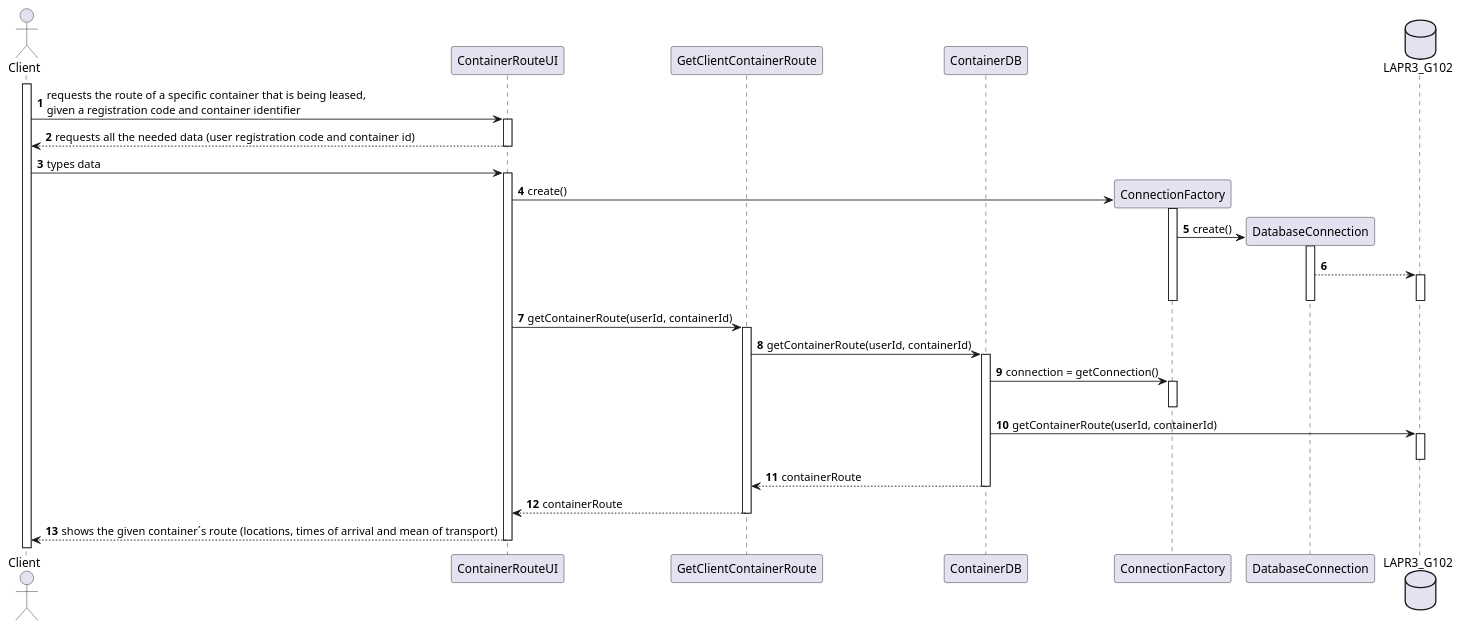
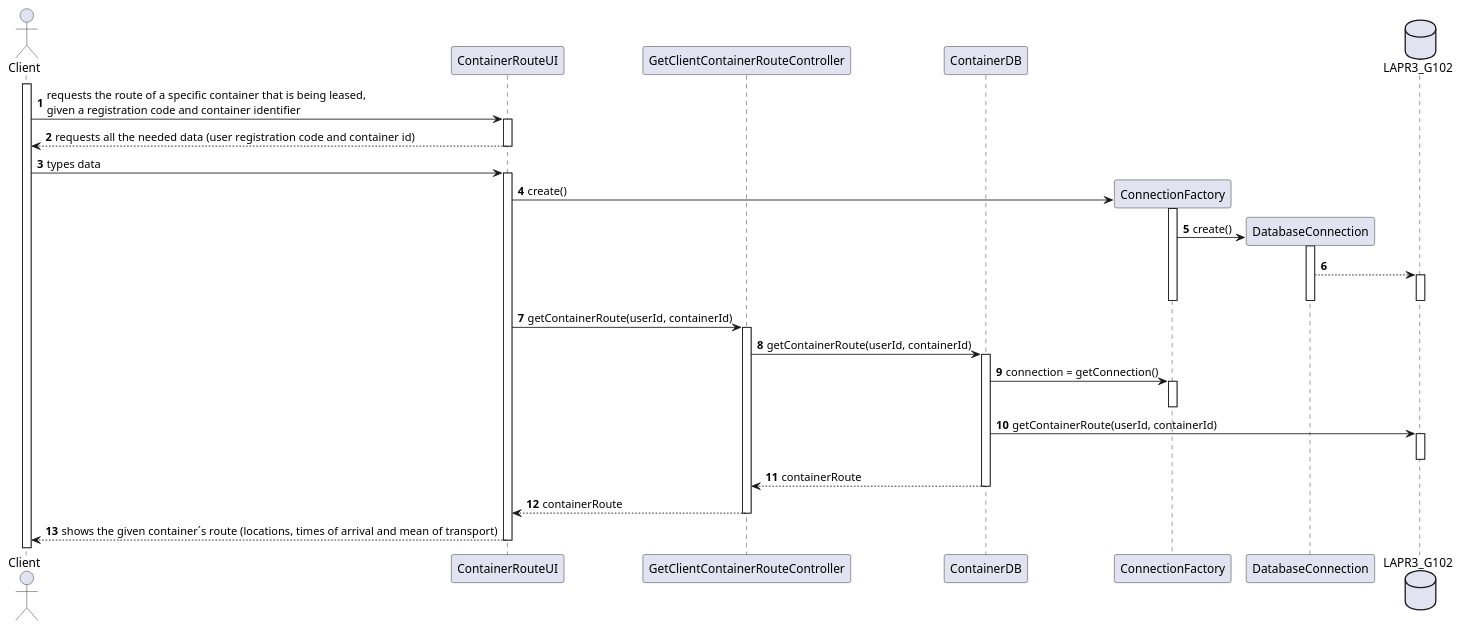
The diagram in docs/Sprint3/US305/US305_SD.puml (mpoboas/lapr3-2021-g102), drawn with PlantUML before and after one commit. The commit also changed 3 other files, not shown here.

```diff
--- a/docs/Sprint3/US305/US305_SD.puml
+++ b/docs/Sprint3/US305/US305_SD.puml
@@ -1,52 +1,52 @@
 @startuml
 autonumber
 'hide footbox
 
 actor "Client" as CL
 
 participant "ContainerRouteUI" as UI
-participant "GetClientContainerRoute" as CTRL
+participant "GetClientContainerRouteController" as CTRL
 participant "ContainerDB" as CONTAINERDB
 participant ConnectionFactory as CF
 participant DatabaseConnection as DC
 database LAPR3_G102 as DB
 
 activate CL
 CL -> UI : requests the route of a specific container that is being leased,\ngiven a registration code and container identifier
 activate UI
 UI --> CL : requests all the needed data (user registration code and container id)
 deactivate UI
 
 CL -> UI : types data
 activate UI
 
 UI -> CF** : create()
 activate CF
 CF -> DC** : create()
 activate DC
 DC --> DB
 activate DB
 deactivate DB
 deactivate DC
 deactivate CF
 
 UI -> CTRL : getContainerRoute(userId, containerId)
 activate CTRL
 CTRL -> CONTAINERDB : getContainerRoute(userId, containerId)
 activate CONTAINERDB
 
 CONTAINERDB -> CF : connection = getConnection()
 activate CF
 deactivate CF
 
 CONTAINERDB -> DB : getContainerRoute(userId, containerId)
 activate DB
 deactivate DB
 CONTAINERDB --> CTRL : containerRoute
 deactivate CONTAINERDB
 deactivate CONTAINERDB
 CTRL --> UI : containerRoute
 deactivate CTRL
 UI --> CL : shows the given container´s route (locations, times of arrival and mean of transport)
 deactivate UI
 @enduml
```
